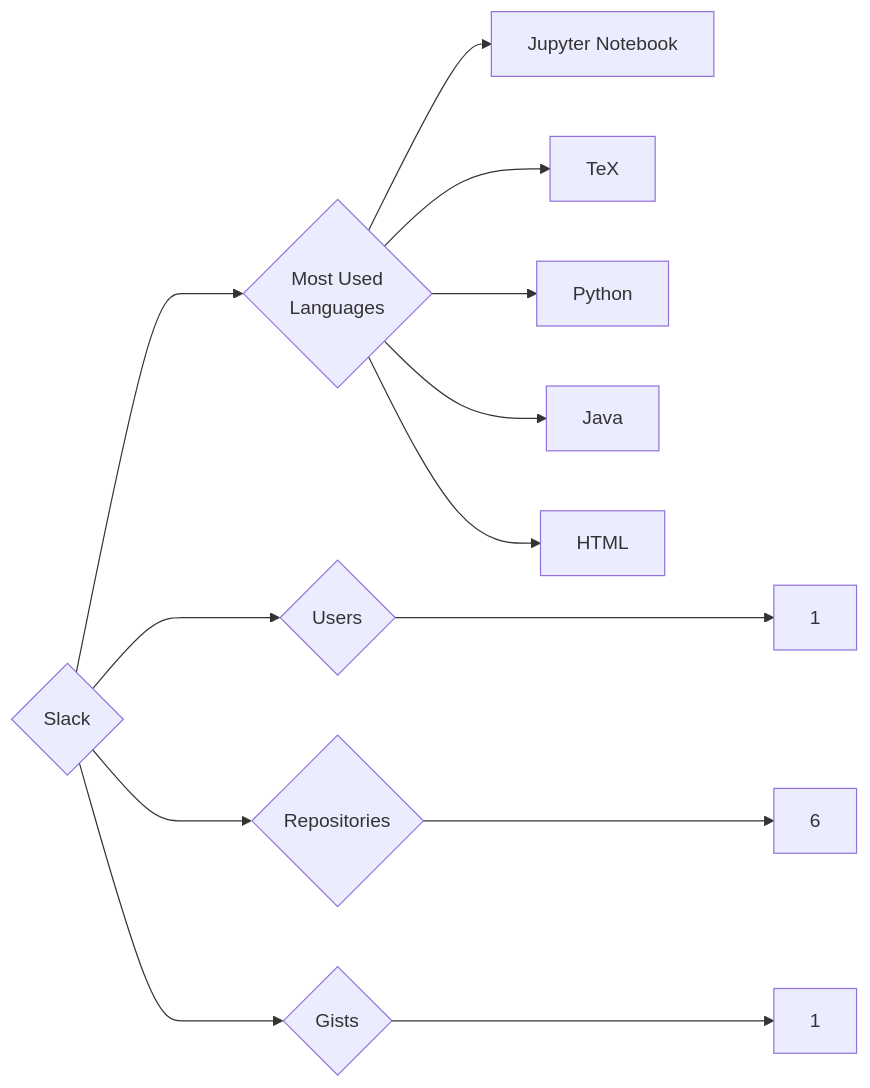
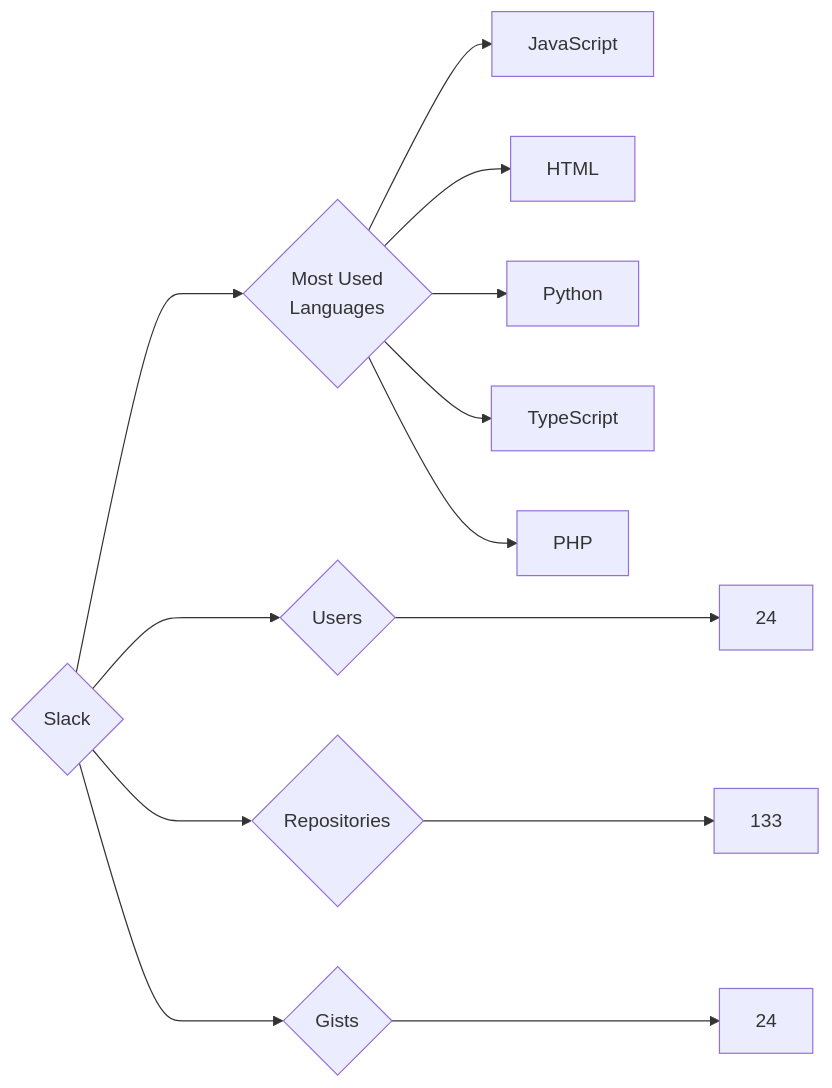
One commit to trickest/insiders changed the diagram in targets/Slack/README.md. Above: the diagram before and after it, drawn with Mermaid. The commit also changed 928 other files, not shown here.

````diff
--- a/targets/Slack/README.md
+++ b/targets/Slack/README.md
@@ -3,13 +3,13 @@
 ```mermaid
 graph LR
 COMPANY_NAME{Slack}
-COMPANY_NAME ---> U{Users} ---> UN[1]
-COMPANY_NAME ---> R{Repositories} ---> RN[6]
-COMPANY_NAME ---> G{Gists} ---> GN[1]
+COMPANY_NAME ---> U{Users} ---> UN[24]
+COMPANY_NAME ---> R{Repositories} ---> RN[133]
+COMPANY_NAME ---> G{Gists} ---> GN[24]
 COMPANY_NAME ---> ML{Most Used<br>Languages}
-ML --> Jupyter_Notebook[Jupyter Notebook]
-ML --> TeX[TeX]
+ML --> JavaScript[JavaScript]
+ML --> HTML[HTML]
 ML --> Python[Python]
-ML --> Java[Java]
-ML --> HTML[HTML]
+ML --> TypeScript[TypeScript]
+ML --> PHP[PHP]
 ```
````
